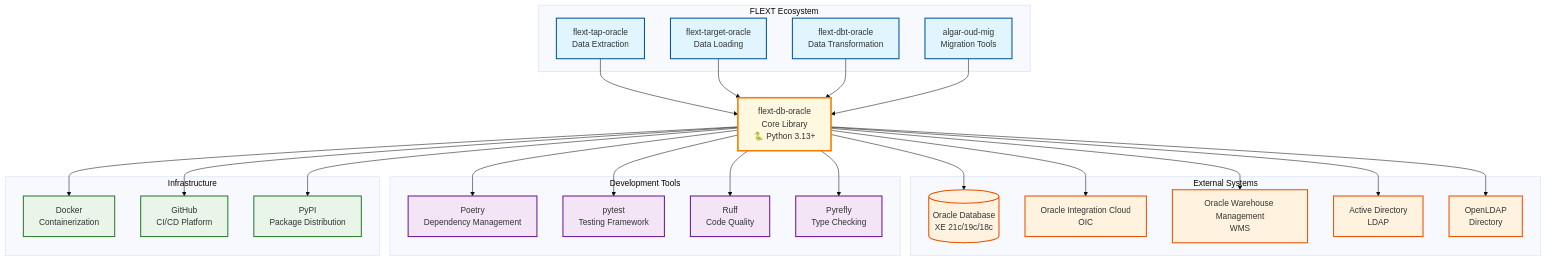
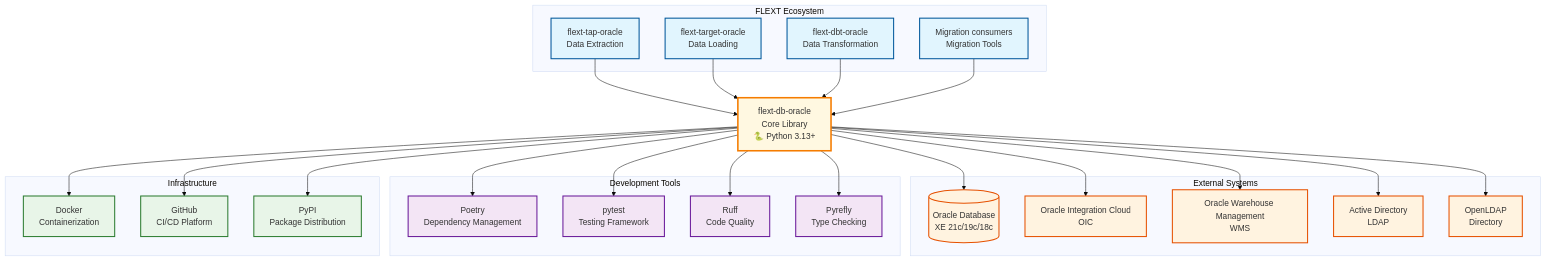
The diagram in docs/architecture/c4-context.md (flext-sh/flext-db-oracle), drawn with Mermaid (base theme) before and after one commit. The commit also changed 1 other file, not shown here.

Commit message:
docs: neutral consumer names in the C4 diagrams
FLEXT holds no data about consumer workspaces (operator rule 2026-11-14);
consumer names and tracker ids become neutral, behaviour coverage unchanged.

````diff
--- a/docs/architecture/c4-context.md
+++ b/docs/architecture/c4-context.md
@@ -40,67 +40,67 @@
 ```mermaid
 graph TB
     subgraph "FLEXT Ecosystem"
         TAP[flext-tap-oracle<br/>Data Extraction]
         TARGET[flext-target-oracle<br/>Data Loading]
         DBT[flext-dbt-oracle<br/>Data Transformation]
-        FLEXT[algar-oud-mig<br/>Migration Tools]
+        FLEXT[Migration consumers<br/>Migration Tools]
     end
 
     subgraph "External Systems"
         ORACLE[(Oracle Database<br/>XE 21c/19c/18c)]
         OIC[Oracle Integration Cloud<br/>OIC]
         WMS[Oracle Warehouse Management<br/>WMS]
         AD[Active Directory<br/>LDAP]
         OPENLDAP[OpenLDAP<br/>Directory]
     end
 
     subgraph "Development Tools"
         POETRY[Poetry<br/>Dependency Management]
         PYTEST[pytest<br/>Testing Framework]
         RUFF[Ruff<br/>Code Quality]
         PYREFLY[Pyrefly<br/>Type Checking]
     end
 
     subgraph "Infrastructure"
         DOCKER[Docker<br/>Containerization]
         GITHUB[GitHub<br/>CI/CD Platform]
         PYPI[PyPI<br/>Package Distribution]
     end
 
     %% Core Library
     LIB[flext-db-oracle<br/>Core Library<br/>🐍 Python 3.13+]
 
     %% Connections
     TAP --> LIB
     TARGET --> LIB
     DBT --> LIB
     FLEXT --> LIB
 
     LIB --> ORACLE
     LIB --> OIC
     LIB --> WMS
     LIB --> AD
     LIB --> OPENLDAP
 
     LIB --> POETRY
     LIB --> PYTEST
     LIB --> RUFF
     LIB --> PYREFLY
 
     LIB --> DOCKER
     LIB --> GITHUB
     LIB --> PYPI
 
     %% Styling
     classDef ecosystem fill:#e1f5fe,stroke:#01579b,stroke-width:2px
     classDef external fill:#fff3e0,stroke:#e65100,stroke-width:2px
     classDef tools fill:#f3e5f5,stroke:#6a1b9a,stroke-width:2px
     classDef infra fill:#e8f5e8,stroke:#2e7d32,stroke-width:2px
     classDef core fill:#fff8e1,stroke:#f57c00,stroke-width:3px
 
     class TAP,TARGET,DBT,FLEXT ecosystem
     class ORACLE,OIC,WMS,AD,OPENLDAP external
     class POETRY,PYTEST,RUFF,PYREFLY tools
     class DOCKER,GITHUB,PYPI infra
     class LIB core
 ```
````
